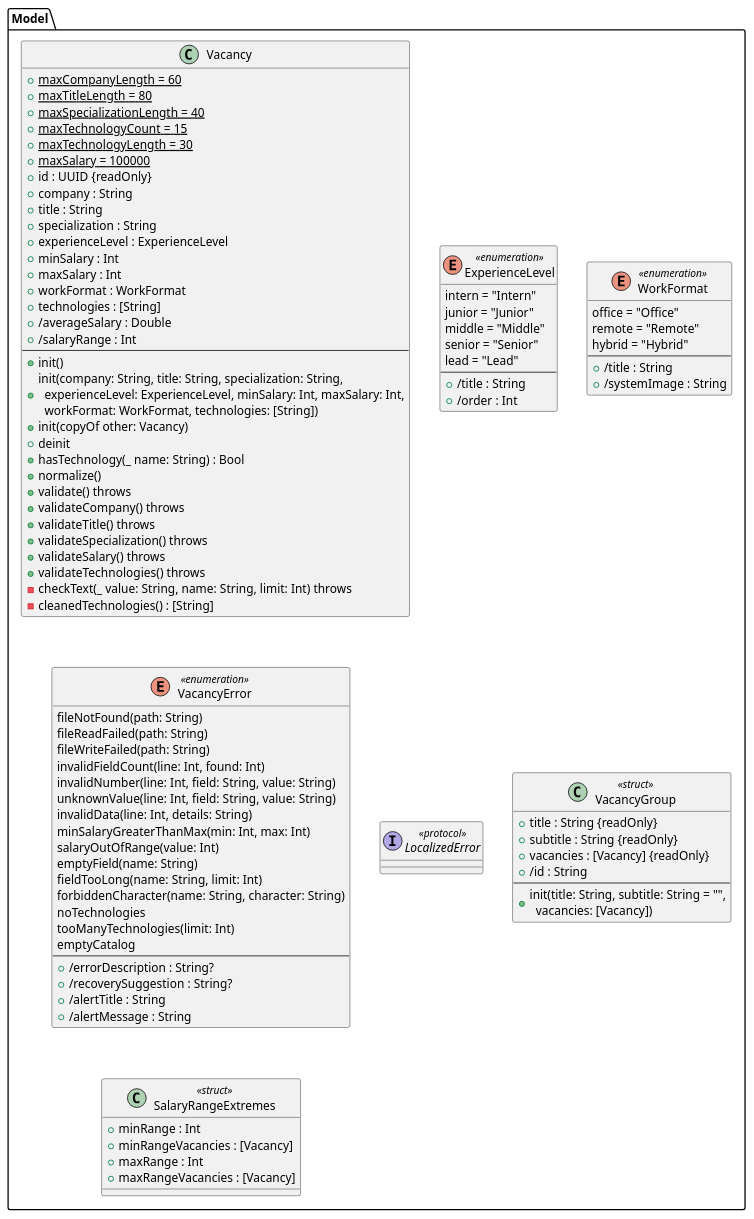
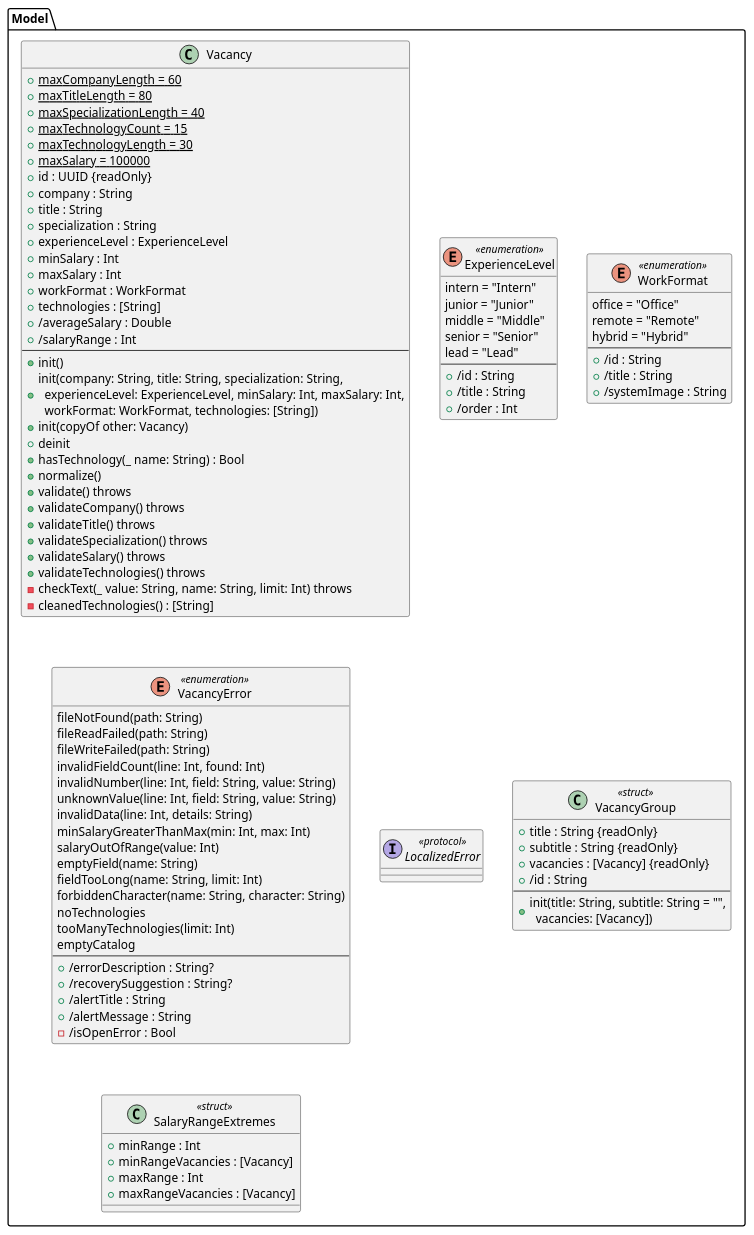
The diagram in docs/uml/2-classes/types/model.iuml (goosedum/kursova-1), drawn with PlantUML before and after one commit. The commit also changed 19 other files, not shown here.

First line of the commit message:
Етап 4.15: документація коду, звірка UML з кодом

```diff
--- a/docs/uml/2-classes/types/model.iuml
+++ b/docs/uml/2-classes/types/model.iuml
@@ -1,92 +1,95 @@
 ' Шар Model — дані. Підключається з діаграм у docs/uml/2-classes (крок 3.2). Джерело — .claude/plan/02-architecture.md §3.
 package "Model" {
   class Vacancy {
     + {static} maxCompanyLength = 60
     + {static} maxTitleLength = 80
     + {static} maxSpecializationLength = 40
     + {static} maxTechnologyCount = 15
     + {static} maxTechnologyLength = 30
     + {static} maxSalary = 100000
     + id : UUID {readOnly}
     + company : String
     + title : String
     + specialization : String
     + experienceLevel : ExperienceLevel
     + minSalary : Int
     + maxSalary : Int
     + workFormat : WorkFormat
     + technologies : [String]
     + /averageSalary : Double
     + /salaryRange : Int
     --
     + init()
     + init(company: String, title: String, specialization: String,\n  experienceLevel: ExperienceLevel, minSalary: Int, maxSalary: Int,\n  workFormat: WorkFormat, technologies: [String])
     + init(copyOf other: Vacancy)
     + deinit
     + hasTechnology(_ name: String) : Bool
     + normalize()
     + validate() throws
     + validateCompany() throws
     + validateTitle() throws
     + validateSpecialization() throws
     + validateSalary() throws
     + validateTechnologies() throws
     - checkText(_ value: String, name: String, limit: Int) throws
     - cleanedTechnologies() : [String]
   }
   enum ExperienceLevel <<enumeration>> {
     intern = "Intern"
     junior = "Junior"
     middle = "Middle"
     senior = "Senior"
     lead = "Lead"
     --
+    + /id : String
     + /title : String
     + /order : Int
   }
   enum WorkFormat <<enumeration>> {
     office = "Office"
     remote = "Remote"
     hybrid = "Hybrid"
     --
+    + /id : String
     + /title : String
     + /systemImage : String
   }
   enum VacancyError <<enumeration>> {
     fileNotFound(path: String)
     fileReadFailed(path: String)
     fileWriteFailed(path: String)
     invalidFieldCount(line: Int, found: Int)
     invalidNumber(line: Int, field: String, value: String)
     unknownValue(line: Int, field: String, value: String)
     invalidData(line: Int, details: String)
     minSalaryGreaterThanMax(min: Int, max: Int)
     salaryOutOfRange(value: Int)
     emptyField(name: String)
     fieldTooLong(name: String, limit: Int)
     forbiddenCharacter(name: String, character: String)
     noTechnologies
     tooManyTechnologies(limit: Int)
     emptyCatalog
     --
     + /errorDescription : String?
     + /recoverySuggestion : String?
     + /alertTitle : String
     + /alertMessage : String
+    - /isOpenError : Bool
   }
   interface LocalizedError <<protocol>>
   class VacancyGroup <<struct>> {
     + title : String {readOnly}
     + subtitle : String {readOnly}
     + vacancies : [Vacancy] {readOnly}
     + /id : String
     --
     + init(title: String, subtitle: String = "",\n  vacancies: [Vacancy])
   }
   class SalaryRangeExtremes <<struct>> {
     + minRange : Int
     + minRangeVacancies : [Vacancy]
     + maxRange : Int
     + maxRangeVacancies : [Vacancy]
   }
 }
```
